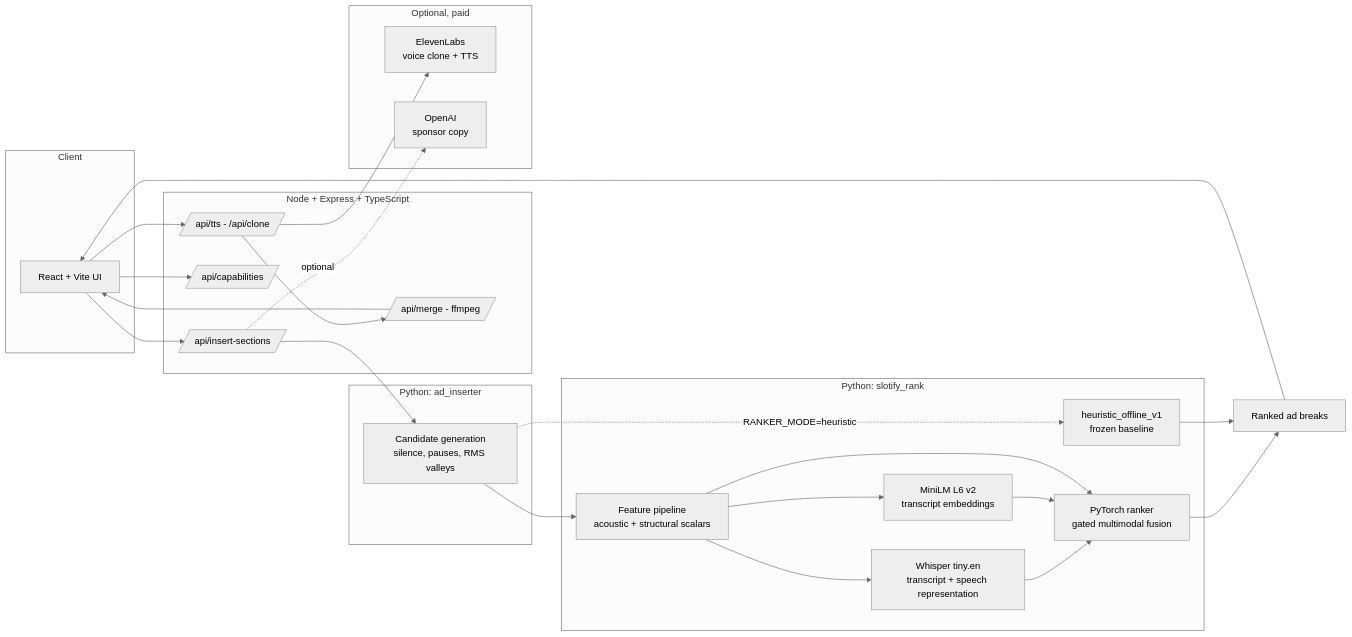
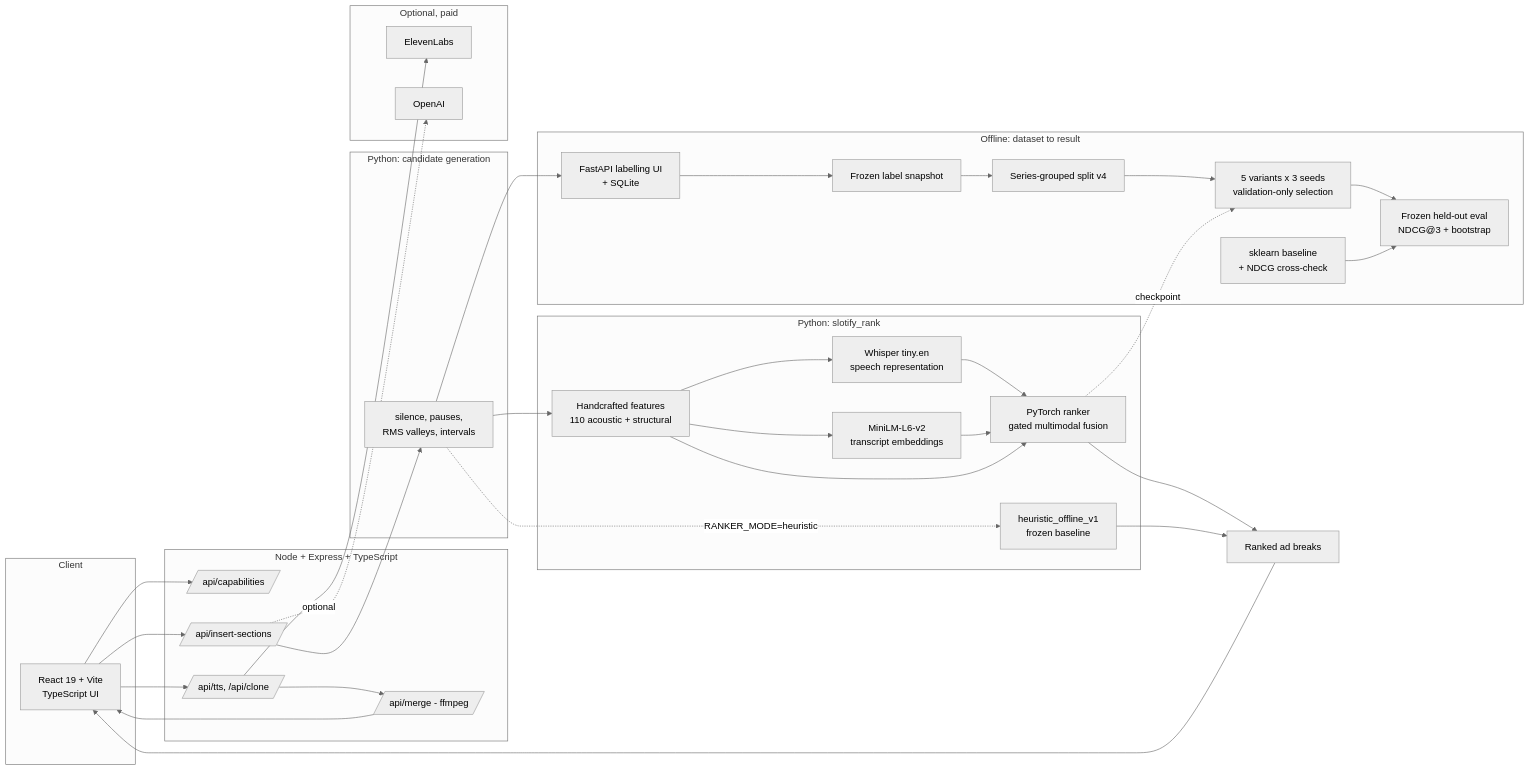
Before and after one commit to davidyang07/slotify: the diagram in README.md, drawn with Mermaid (neutral theme). The commit also changed other lines of this file and 9 other files, not shown here.

````diff
--- a/README.md
+++ b/README.md
@@ -40,49 +61,53 @@
 ```mermaid
 flowchart LR
   subgraph Client
-    A[React + Vite UI]
+    A[React 19 + Vite<br/>TypeScript UI]
   end
 
-  subgraph Product API [Node + Express + TypeScript]
+  subgraph API [Node + Express + TypeScript]
+    CAP[/api/capabilities/]
     B[/api/insert-sections/]
-    CAP[/api/capabilities/]
+    T[/api/tts, /api/clone/]
     M[/api/merge - ffmpeg/]
-    T[/api/tts - /api/clone/]
   end
 
-  subgraph Analysis [Python: ad_inserter]
-    C[Candidate generation<br/>silence, pauses, RMS valleys]
+  subgraph Gen [Python: candidate generation]
+    C[silence, pauses,<br/>RMS valleys, intervals]
   end
 
-  subgraph Ranker [Python: slotify_rank]
-    D[Feature pipeline<br/>acoustic + structural scalars]
-    W[Whisper tiny.en<br/>transcript + speech representation]
-    X[MiniLM L6 v2<br/>transcript embeddings]
+  subgraph Rank [Python: slotify_rank]
+    D[Handcrafted features<br/>110 acoustic + structural]
+    W[Whisper tiny.en<br/>speech representation]
+    X[MiniLM-L6-v2<br/>transcript embeddings]
     E[PyTorch ranker<br/>gated multimodal fusion]
     H[heuristic_offline_v1<br/>frozen baseline]
   end
 
-  subgraph External [Optional, paid]
-    G[ElevenLabs<br/>voice clone + TTS]
-    O[OpenAI<br/>sponsor copy]
+  subgraph Offline [Offline: dataset to result]
+    L[FastAPI labelling UI<br/>+ SQLite]
+    F[Frozen label snapshot]
+    S[Series-grouped split v4]
+    TR[5 variants x 3 seeds<br/>validation-only selection]
+    EV[Frozen held-out eval<br/>NDCG@3 + bootstrap]
+    SK[sklearn baseline<br/>+ NDCG cross-check]
+  end
+
+  subgraph Ext [Optional, paid]
+    G[ElevenLabs]
+    O[OpenAI]
   end
 
   A --> CAP
-  A --> B
-  B --> C
-  C --> D
-  D --> W
-  D --> X
-  W --> E
-  X --> E
-  D --> E
+  A --> B --> C --> D
+  D --> W & X
+  W & X & D --> E
   C -.RANKER_MODE=heuristic.-> H
-  E --> F[Ranked ad breaks]
-  H --> F
-  F --> A
-  A --> T
-  T --> G
+  E & H --> R[Ranked ad breaks] --> A
+  A --> T --> G
   B -.optional.-> O
-  T --> M
-  M --> A
+  T --> M --> A
+
+  C --> L --> F --> S --> TR --> EV
+  SK --> EV
+  E -.checkpoint.-> TR
 ```
````
